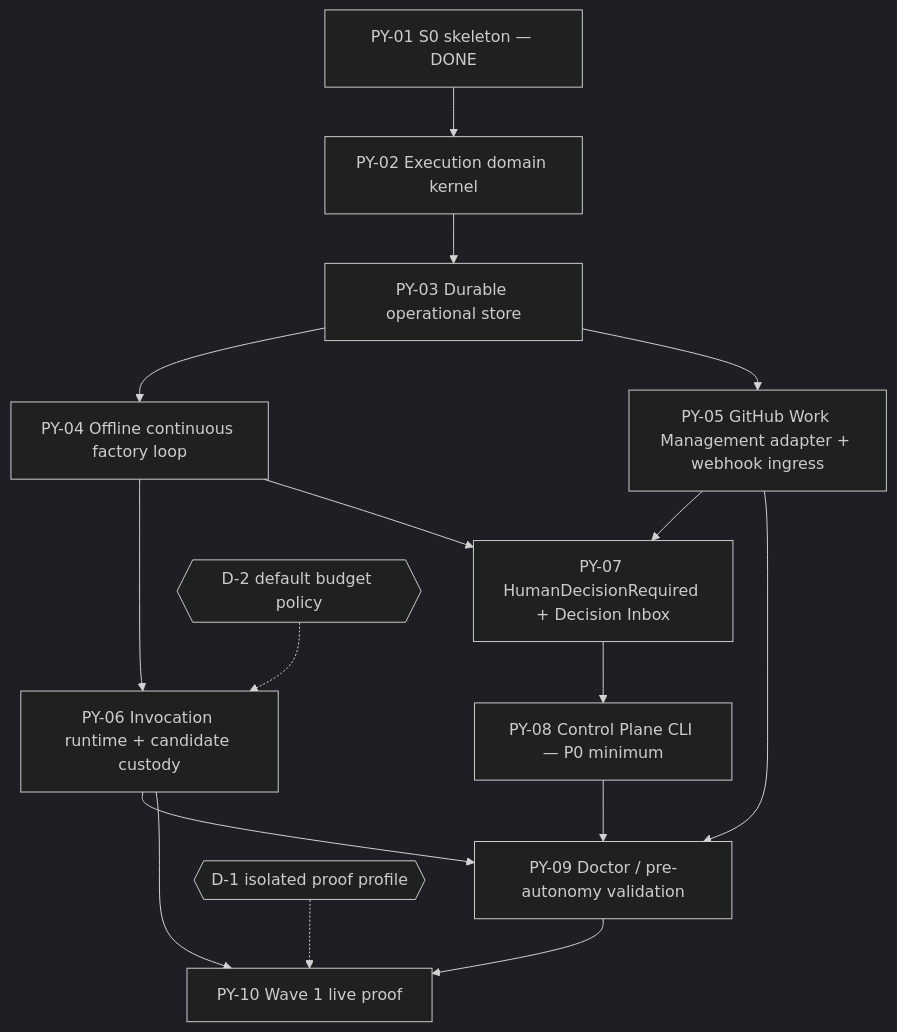
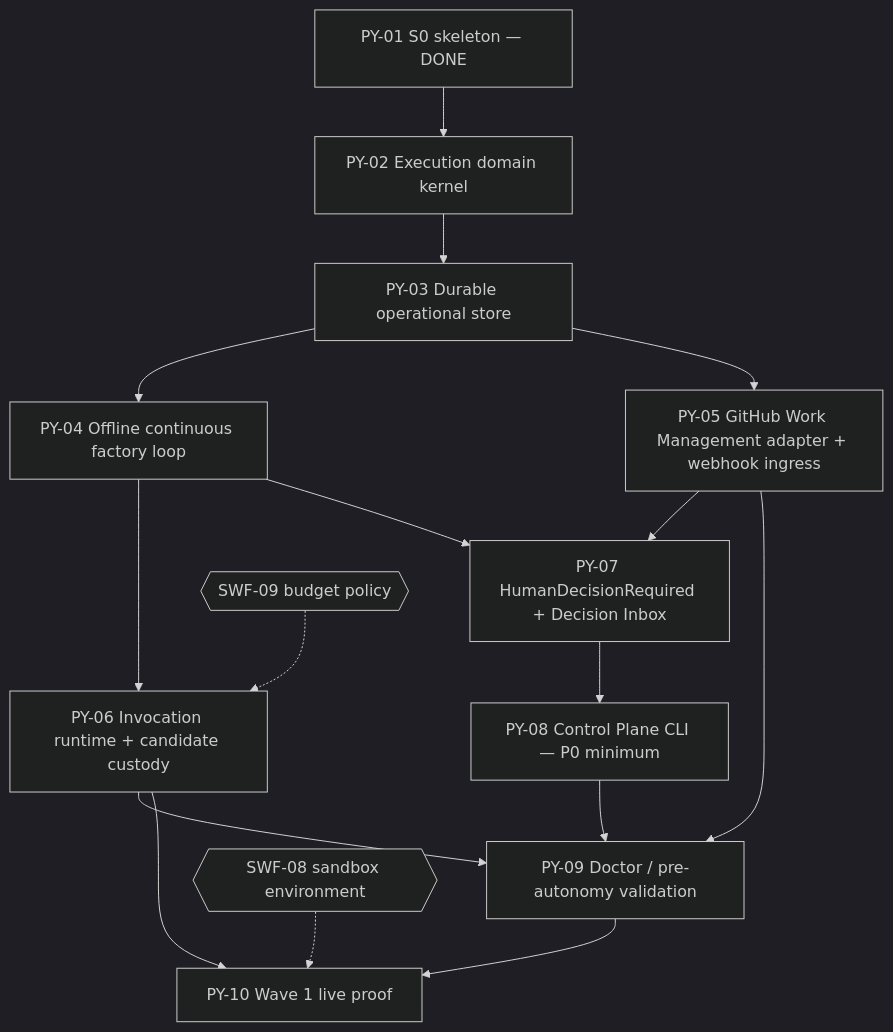
The diagram in docs/work-units/sf-wave1-plan.md (AlienLogicLab/alienintent), drawn with Mermaid (dark theme) before and after one commit. The commit also changed other lines of this file and 19 other files, not shown here.

````diff
--- a/docs/work-units/sf-wave1-plan.md
+++ b/docs/work-units/sf-wave1-plan.md
@@ -39,18 +40,18 @@
 ```mermaid
 graph TD
   PY01[PY-01 S0 skeleton — DONE] --> PY02
   PY02[PY-02 Execution domain kernel] --> PY03
   PY03[PY-03 Durable operational store] --> PY04
   PY04[PY-04 Offline continuous factory loop] --> PY06
   PY03 --> PY05[PY-05 GitHub Work Management adapter + webhook ingress]
   PY04 --> PY07[PY-07 HumanDecisionRequired + Decision Inbox]
   PY05 --> PY07
   PY06[PY-06 Invocation runtime + candidate custody] --> PY09
   PY07 --> PY08[PY-08 Control Plane CLI — P0 minimum]
   PY08 --> PY09[PY-09 Doctor / pre-autonomy validation]
   PY05 --> PY09
   PY09 --> PY10[PY-10 Wave 1 live proof]
   PY06 --> PY10
-  D1{{D-1 isolated proof profile}} -.-> PY10
-  D2{{D-2 default budget policy}} -.-> PY06
+  D1{{SWF-08 sandbox environment}} -.-> PY10
+  D2{{SWF-09 budget policy}} -.-> PY06
 ```
````
